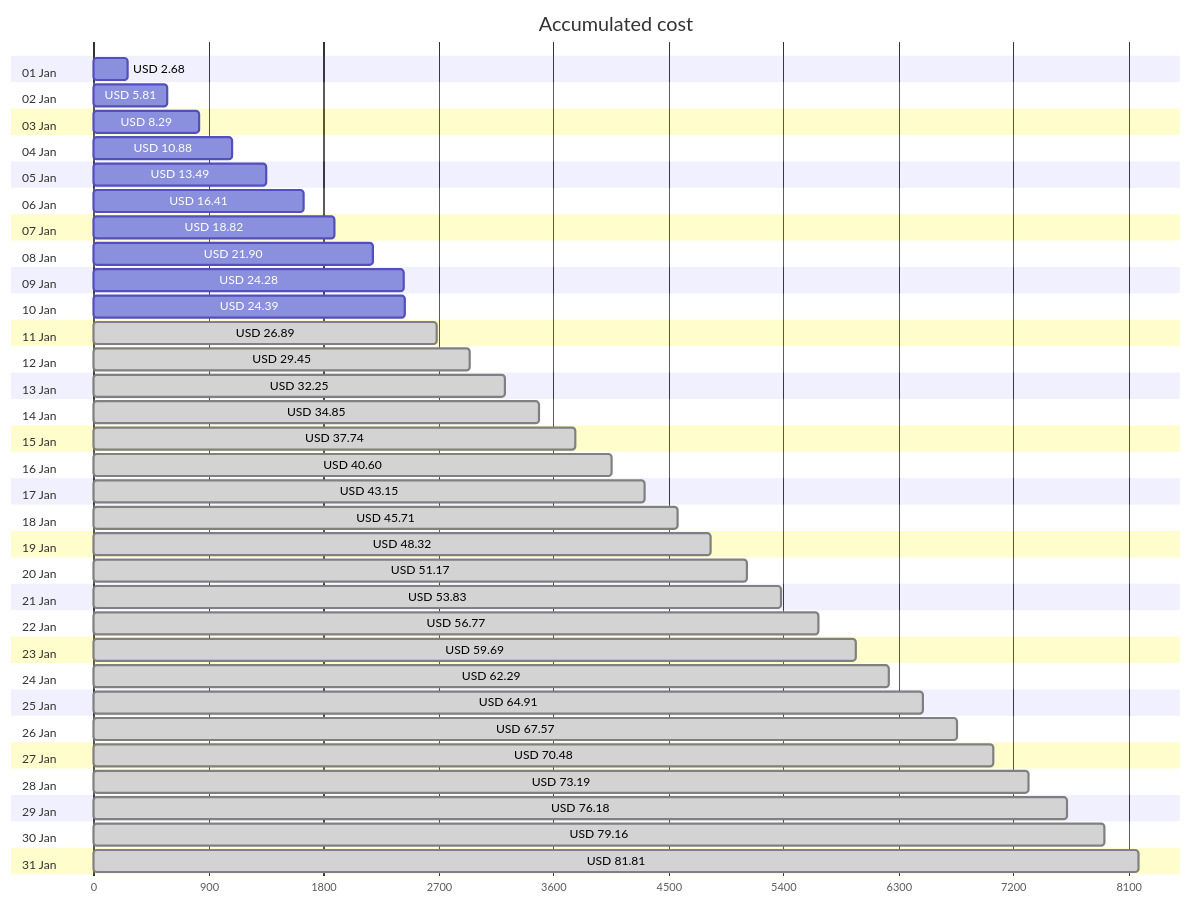
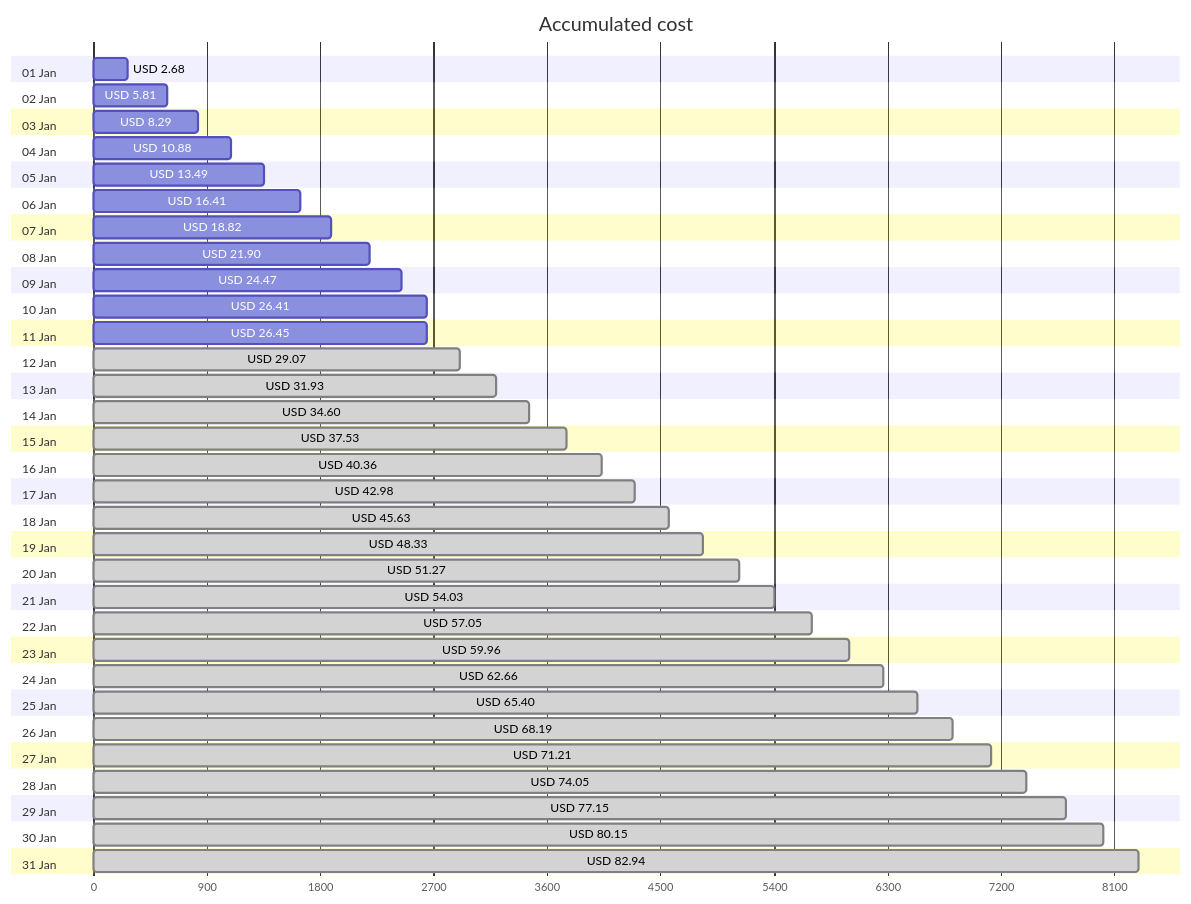
The first of 4 diagrams in cost-reports/accumulated-cost.md (jpfulton/azure-personal-reports), drawn with Mermaid before and after one commit. The commit also changed other lines of this file and 4 other files, not shown here.

````diff
--- a/cost-reports/accumulated-cost.md
+++ b/cost-reports/accumulated-cost.md
@@ -20,68 +20,68 @@
 ```mermaid
 gantt
    title Accumulated cost
    dateFormat  X
    axisFormat %s
    section 01 Jan
    USD 2.68 :0, 268
    section 02 Jan
    USD 5.81 :0, 581
    section 03 Jan
    USD 8.29 :0, 829
    section 04 Jan
    USD 10.88 :0, 1088
    section 05 Jan
    USD 13.49 :0, 1349
    section 06 Jan
    USD 16.41 :0, 1641
    section 07 Jan
    USD 18.82 :0, 1882
    section 08 Jan
    USD 21.90 :0, 2190
    section 09 Jan
-   USD 24.28 :0, 2428
+   USD 24.47 :0, 2447
    section 10 Jan
-   USD 24.39 :0, 2439
+   USD 26.41 :0, 2641
    section 11 Jan
-   USD 26.89 : done, 0, 2689
+   USD 26.45 :0, 2645
    section 12 Jan
-   USD 29.45 : done, 0, 2945
+   USD 29.07 : done, 0, 2907
    section 13 Jan
-   USD 32.25 : done, 0, 3225
+   USD 31.93 : done, 0, 3193
    section 14 Jan
-   USD 34.85 : done, 0, 3485
+   USD 34.60 : done, 0, 3460
    section 15 Jan
-   USD 37.74 : done, 0, 3774
+   USD 37.53 : done, 0, 3753
    section 16 Jan
-   USD 40.60 : done, 0, 4060
+   USD 40.36 : done, 0, 4036
    section 17 Jan
-   USD 43.15 : done, 0, 4315
+   USD 42.98 : done, 0, 4298
    section 18 Jan
-   USD 45.71 : done, 0, 4571
+   USD 45.63 : done, 0, 4563
    section 19 Jan
-   USD 48.32 : done, 0, 4832
+   USD 48.33 : done, 0, 4833
    section 20 Jan
-   USD 51.17 : done, 0, 5117
+   USD 51.27 : done, 0, 5127
    section 21 Jan
-   USD 53.83 : done, 0, 5383
+   USD 54.03 : done, 0, 5403
    section 22 Jan
-   USD 56.77 : done, 0, 5677
+   USD 57.05 : done, 0, 5705
    section 23 Jan
-   USD 59.69 : done, 0, 5969
+   USD 59.96 : done, 0, 5996
    section 24 Jan
-   USD 62.29 : done, 0, 6229
+   USD 62.66 : done, 0, 6266
    section 25 Jan
-   USD 64.91 : done, 0, 6491
+   USD 65.40 : done, 0, 6540
    section 26 Jan
-   USD 67.57 : done, 0, 6757
+   USD 68.19 : done, 0, 6819
    section 27 Jan
-   USD 70.48 : done, 0, 7048
+   USD 71.21 : done, 0, 7121
    section 28 Jan
-   USD 73.19 : done, 0, 7319
+   USD 74.05 : done, 0, 7405
    section 29 Jan
-   USD 76.18 : done, 0, 7618
+   USD 77.15 : done, 0, 7715
    section 30 Jan
-   USD 79.16 : done, 0, 7916
+   USD 80.15 : done, 0, 8015
    section 31 Jan
-   USD 81.81 : done, 0, 8181
+   USD 82.94 : done, 0, 8294
 ```
````
